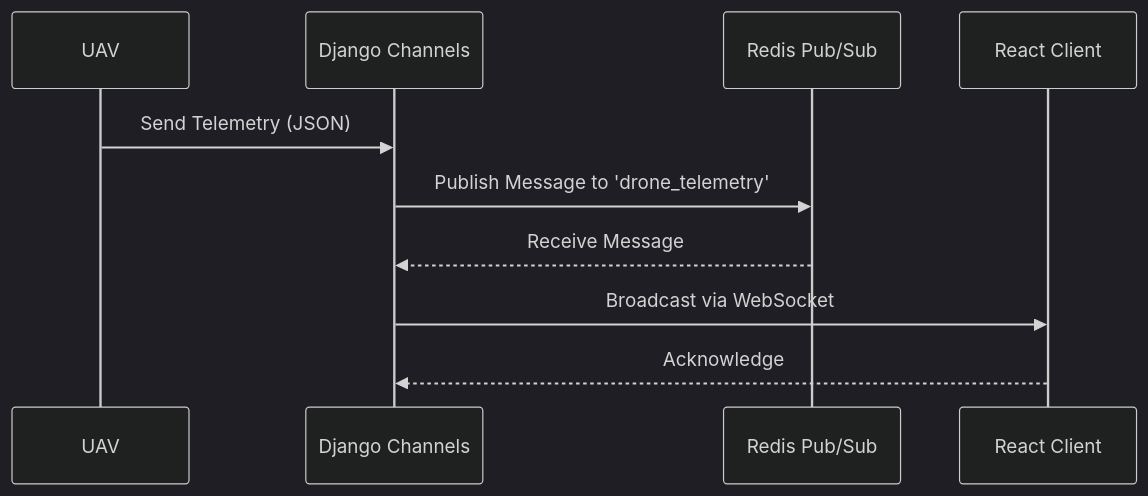
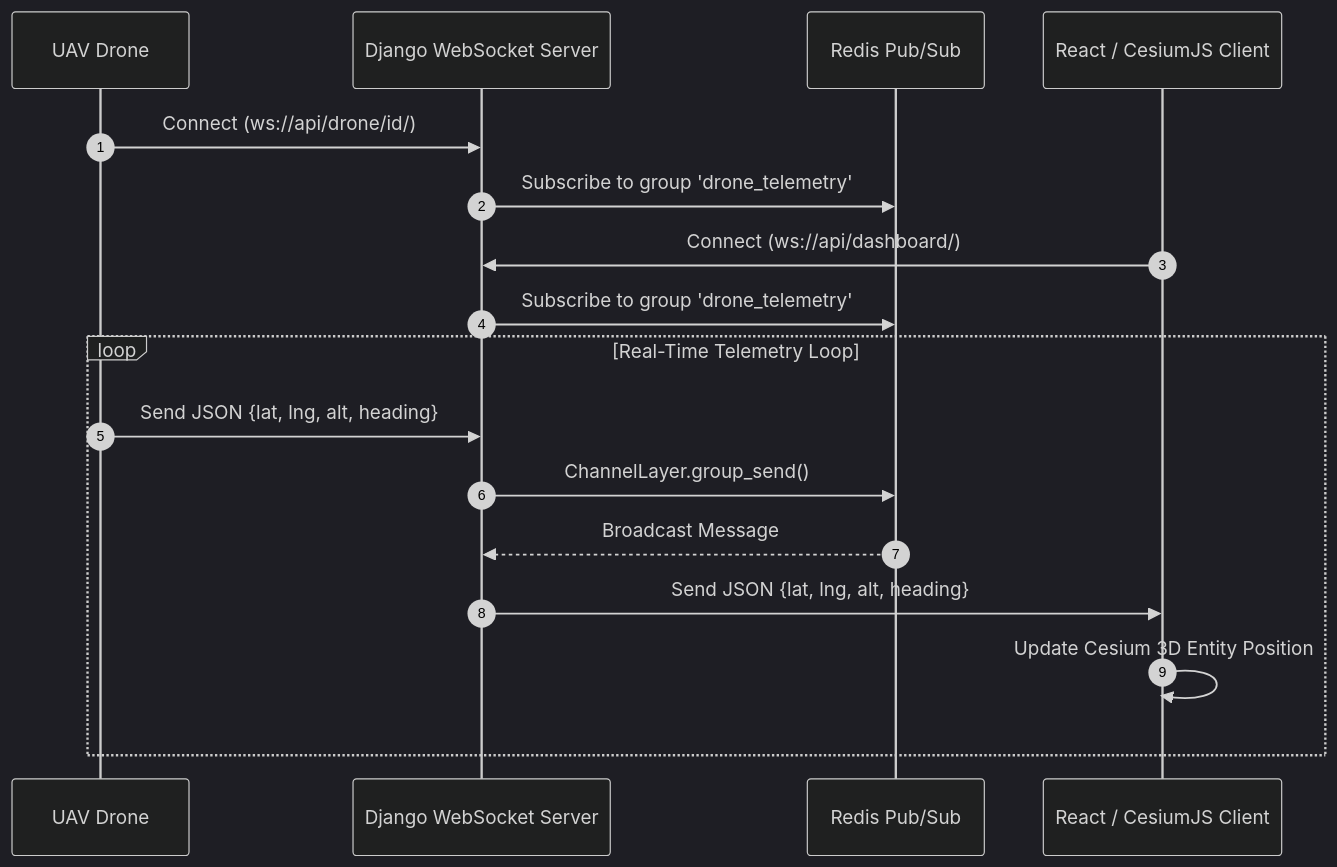
The diagram in paper_assets/ws_flow.mmd (Amogh-1416/vayu-drishti-web), drawn with Mermaid (dark theme) before and after one commit. The commit also changed 9 other files, not shown here.

Commit message:
Update Vayu-Drishti.docx with high-quality Mermaid JS flowcharts and accurate project details

```diff
--- a/paper_assets/ws_flow.mmd
+++ b/paper_assets/ws_flow.mmd
@@ -1,11 +1,19 @@
 sequenceDiagram
-    participant UAV
-    participant Django as Django Channels
-    participant Redis as Redis Pub/Sub
-    participant Dashboard as React Client
+    autonumber
+    participant D as UAV Drone
+    participant W as Django WebSocket Server
+    participant R as Redis Pub/Sub
+    participant F as React / CesiumJS Client
 
-    UAV->>Django: Send Telemetry (JSON)
-    Django->>Redis: Publish Message to 'drone_telemetry'
-    Redis-->>Django: Receive Message
-    Django->>Dashboard: Broadcast via WebSocket
-    Dashboard-->>Django: Acknowledge
+    D->>W: Connect (ws://api/drone/id/)
+    W->>R: Subscribe to group 'drone_telemetry'
+    F->>W: Connect (ws://api/dashboard/)
+    W->>R: Subscribe to group 'drone_telemetry'
+
+    loop Real-Time Telemetry Loop
+        D->>W: Send JSON {lat, lng, alt, heading}
+        W->>R: ChannelLayer.group_send()
+        R-->>W: Broadcast Message
+        W->>F: Send JSON {lat, lng, alt, heading}
+        F->>F: Update Cesium 3D Entity Position
+    end
```
